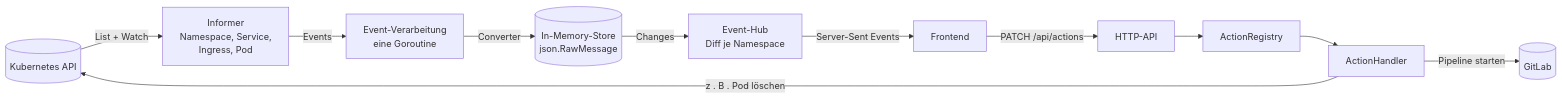
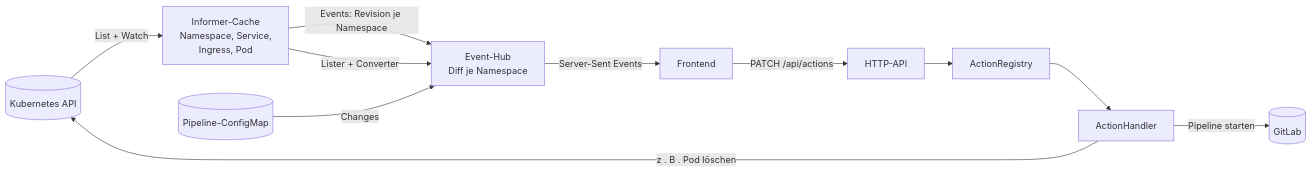
Before and after one commit to VinceBecks/dashboard: the diagram in README.md, drawn with Mermaid. The commit also changed other lines of this file and 29 other files, not shown here.

````diff
--- a/README.md
+++ b/README.md
@@ -110,11 +109,11 @@
 ```mermaid
 flowchart LR
-    K8s[(Kubernetes API)] -- List + Watch --> Inf[Informer<br/>Namespace, Service,<br/>Ingress, Pod]
-    Inf -- Events --> Proc[Event-Verarbeitung<br/>eine Goroutine]
-    Proc -- Converter --> Store[(In-Memory-Store<br/>json.RawMessage)]
-    Store -- Changes --> Hub[Event-Hub<br/>Diff je Namespace]
+    K8s[(Kubernetes API)] -- List + Watch --> Inf[Informer-Cache<br/>Namespace, Service,<br/>Ingress, Pod]
+    Inf -- Events: Revision je Namespace --> Hub[Event-Hub<br/>Diff je Namespace]
+    Inf -- Lister + Converter --> Hub
+    Pip[(Pipeline-ConfigMap)] -- Changes --> Hub
     Hub -- Server-Sent Events --> FE[Frontend]
     FE -- PATCH /api/actions --> API[HTTP-API]
     API --> Reg[ActionRegistry] --> H[ActionHandler] -- z . B . Pod löschen --> K8s
     H -- Pipeline starten --> GitLab[(GitLab)]
 ```
````
